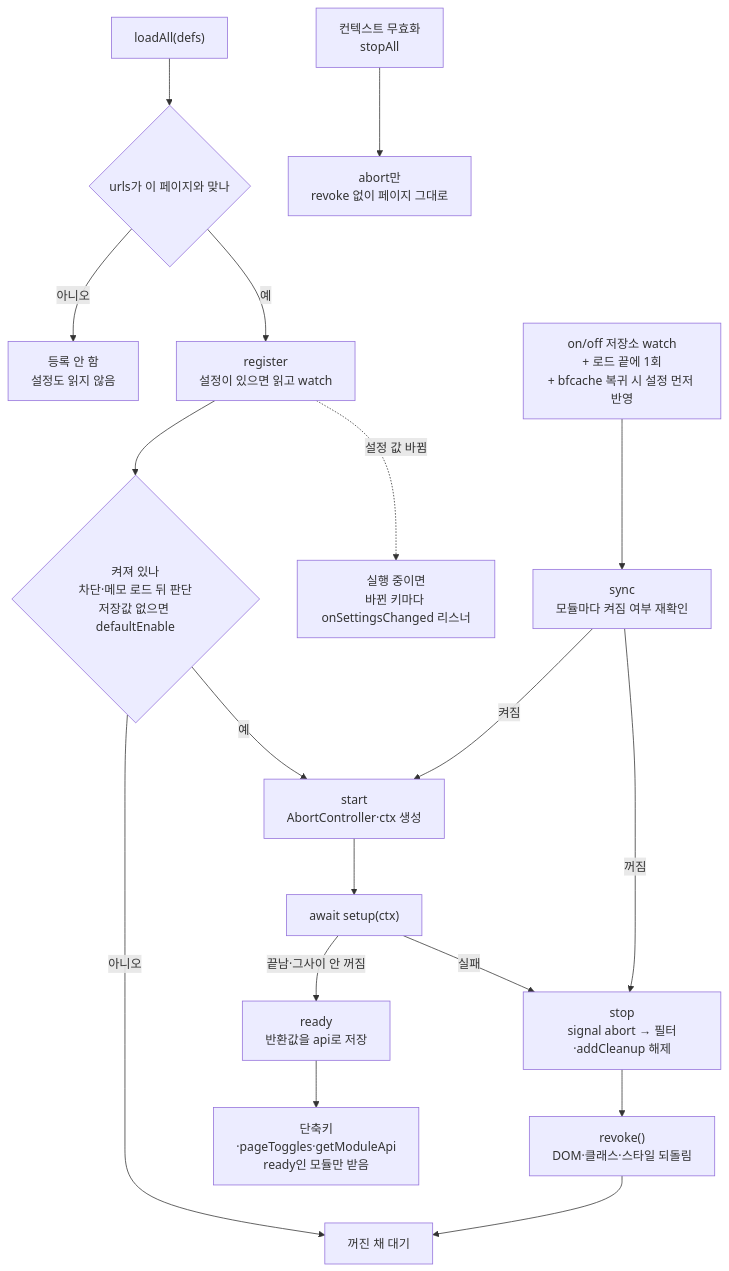
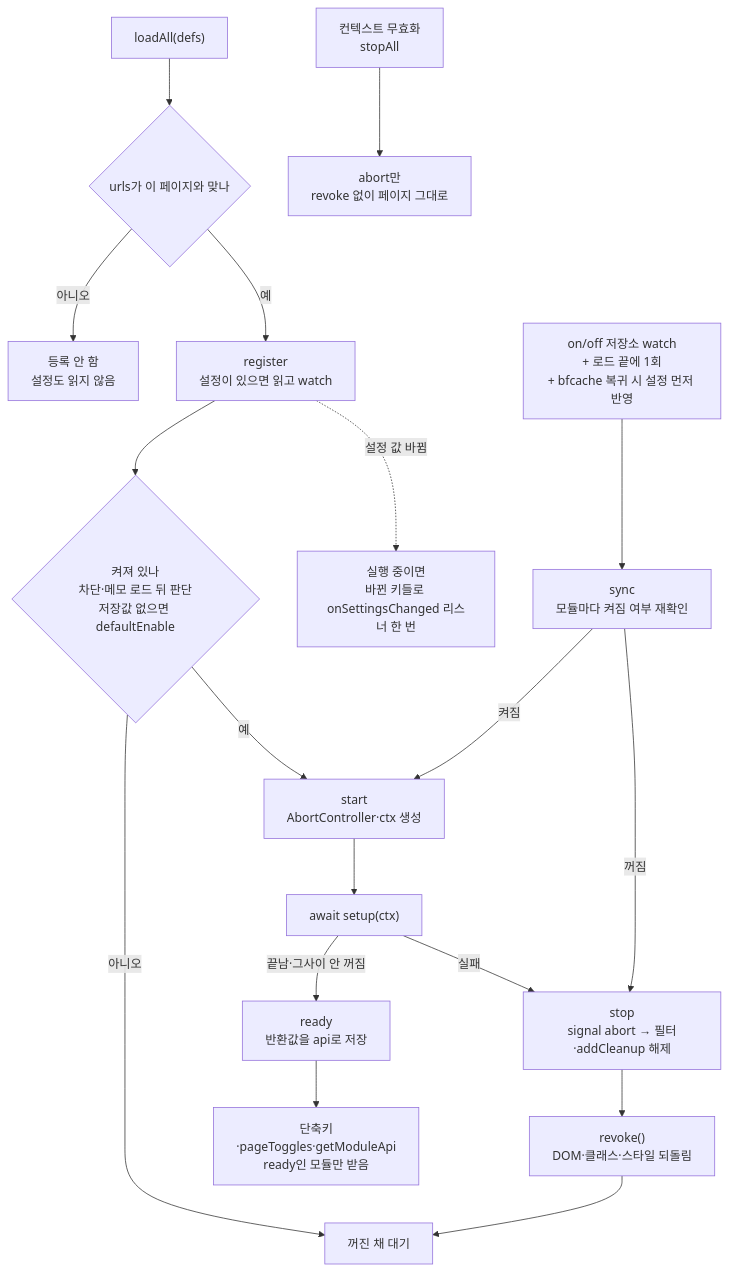
The third of 6 diagrams in docs/DEVELOPMENT.md (green1052/DCRefresher-Reborn), drawn with Mermaid before and after one commit. The commit also changed other lines of this file and 8 other files, not shown here.

````diff
--- a/docs/DEVELOPMENT.md
+++ b/docs/DEVELOPMENT.md
@@ -281,20 +281,20 @@
 ```mermaid
 flowchart TD
     A["loadAll(defs)"] --> B{"urls가 이 페이지와 맞나"}
     B -->|"아니오"| X["등록 안 함<br>설정도 읽지 않음"]
     B -->|"예"| C["register<br>설정이 있으면 읽고 watch"]
     C --> D{"켜져 있나<br>차단·메모 로드 뒤 판단<br>저장값 없으면 defaultEnable"}
     D -->|"아니오"| OFF["꺼진 채 대기"]
     D -->|"예"| S["start<br>AbortController·ctx 생성"]
     S --> SU["await setup(ctx)"]
     SU -->|"끝남·그사이 안 꺼짐"| R["ready<br>반환값을 api로 저장"]
     SU -->|"실패"| STOP
     R --> USE["단축키·pageToggles·getModuleApi<br>ready인 모듈만 받음"]
-    C -.->|"설정 값 바뀜"| OC["실행 중이면<br>바뀐 키마다 onSettingsChanged 리스너"]
+    C -.->|"설정 값 바뀜"| OC["실행 중이면<br>바뀐 키들로 onSettingsChanged 리스너 한 번"]
     W["on/off 저장소 watch<br>+ 로드 끝에 1회<br>+ bfcache 복귀 시 설정 먼저 반영"] --> SY["sync<br>모듈마다 켜짐 여부 재확인"]
     SY -->|"켜짐"| S
     SY -->|"꺼짐"| STOP["stop<br>signal abort → 필터·addCleanup 해제"]
     STOP --> RV["revoke()<br>DOM·클래스·스타일 되돌림"]
     RV --> OFF
     INV["컨텍스트 무효화<br>stopAll"] --> AB["abort만<br>revoke 없이 페이지 그대로"]
 ```
````
